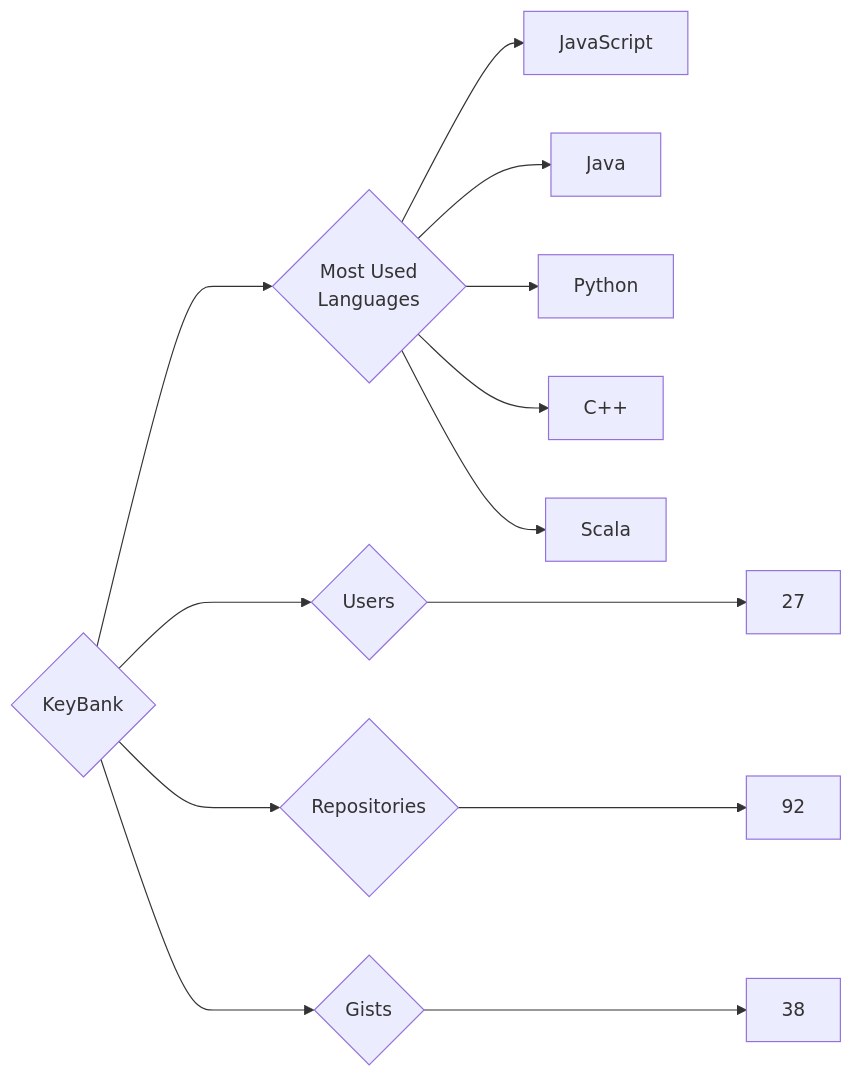
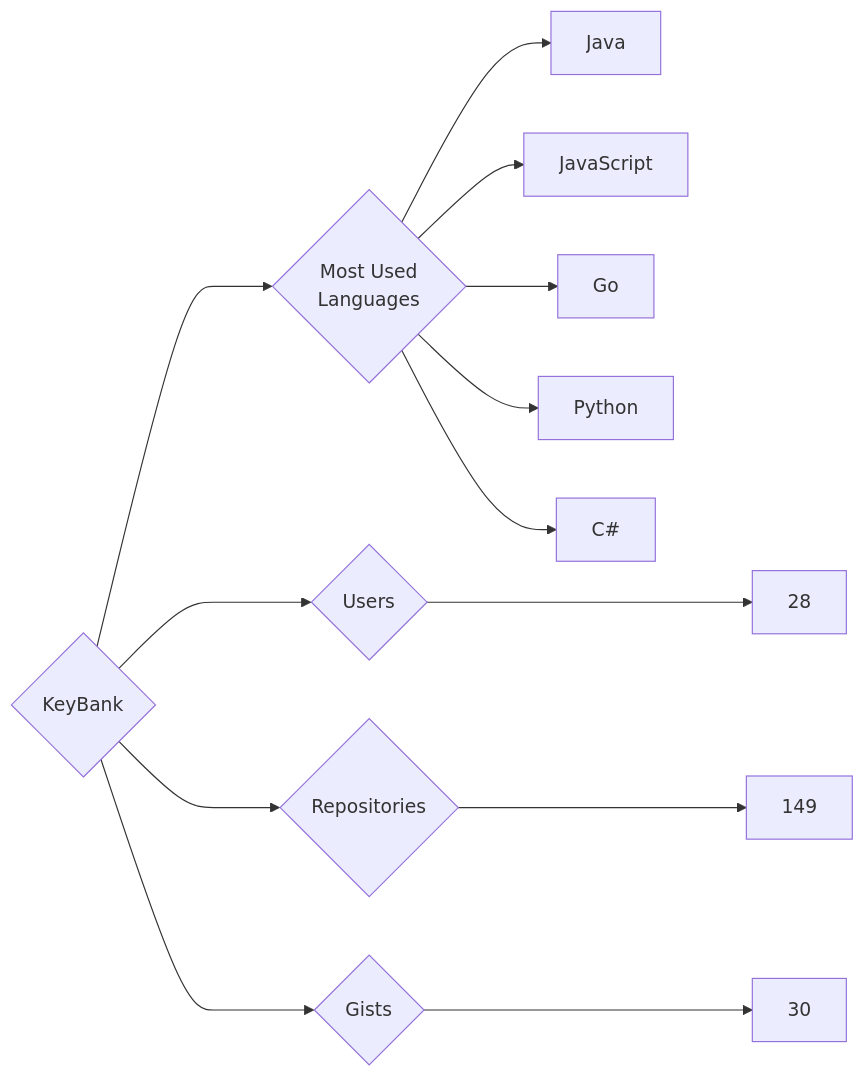
One commit to trickest/insiders changed the diagram in targets/KeyBank/README.md. Above: the diagram before and after it, drawn with Mermaid. The commit also changed 757 other files, not shown here.

````diff
--- a/targets/KeyBank/README.md
+++ b/targets/KeyBank/README.md
@@ -3,13 +3,13 @@
 ```mermaid
 graph LR
 COMPANY_NAME{KeyBank}
-COMPANY_NAME ---> U{Users} ---> UN[27]
-COMPANY_NAME ---> R{Repositories} ---> RN[92]
-COMPANY_NAME ---> G{Gists} ---> GN[38]
+COMPANY_NAME ---> U{Users} ---> UN[28]
+COMPANY_NAME ---> R{Repositories} ---> RN[149]
+COMPANY_NAME ---> G{Gists} ---> GN[30]
 COMPANY_NAME ---> ML{Most Used<br>Languages}
+ML --> Java[Java]
 ML --> JavaScript[JavaScript]
-ML --> Java[Java]
+ML --> Go[Go]
 ML --> Python[Python]
-ML --> C++[C++]
-ML --> Scala[Scala]
+ML --> C#[C#]
 ```
````
